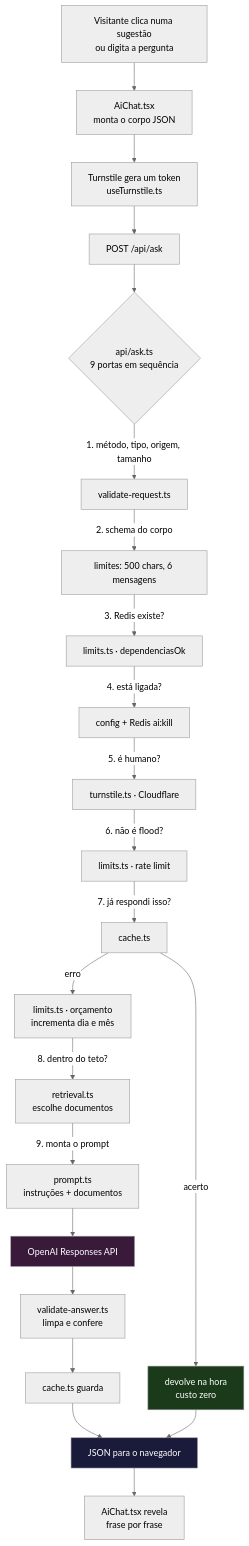
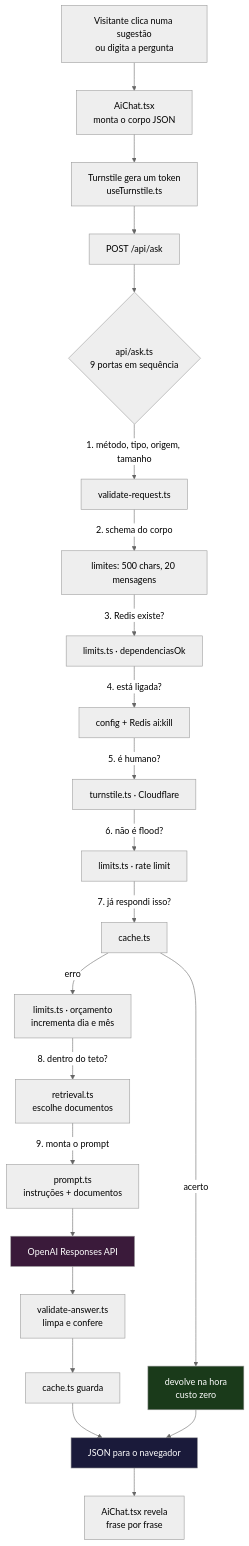
The first of 3 diagrams in docs/ia-fluxo.md (KriawqZero/portfolio-react), drawn with Mermaid (neutral theme) before and after one commit. The commit also changed other lines of this file and 5 other files, not shown here.

````diff
--- a/docs/ia-fluxo.md
+++ b/docs/ia-fluxo.md
@@ -10,30 +10,30 @@
 ```mermaid
 flowchart TD
     A["Visitante clica numa sugestão<br/>ou digita a pergunta"] --> B["AiChat.tsx<br/>monta o corpo JSON"]
     B --> C["Turnstile gera um token<br/>useTurnstile.ts"]
     C --> D["POST /api/ask"]
 
     D --> E{"api/ask.ts<br/>9 portas em sequência"}
 
     E -->|"1. método, tipo, origem, tamanho"| F["validate-request.ts"]
-    F -->|"2. schema do corpo"| G["limites: 500 chars, 6 mensagens"]
+    F -->|"2. schema do corpo"| G["limites: 500 chars, 20 mensagens"]
     G -->|"3. Redis existe?"| H["limits.ts · dependenciasOk"]
     H -->|"4. está ligada?"| I["config + Redis ai:kill"]
     I -->|"5. é humano?"| J["turnstile.ts · Cloudflare"]
     J -->|"6. não é flood?"| K["limits.ts · rate limit"]
     K -->|"7. já respondi isso?"| L["cache.ts"]
     L -->|"acerto"| M["devolve na hora<br/>custo zero"]
     L -->|"erro"| N["limits.ts · orçamento<br/>incrementa dia e mês"]
     N -->|"8. dentro do teto?"| O["retrieval.ts<br/>escolhe documentos"]
     O -->|"9. monta o prompt"| P["prompt.ts<br/>instruções + documentos"]
     P --> Q["OpenAI Responses API"]
     Q --> R["validate-answer.ts<br/>limpa e confere"]
     R --> S["cache.ts guarda"]
     S --> T["JSON para o navegador"]
     M --> T
     T --> U["AiChat.tsx revela<br/>frase por frase"]
 
     style M fill:#1a3a1a,color:#fff
     style Q fill:#3a1a3a,color:#fff
     style T fill:#1a1a3a,color:#fff
 ```
````
